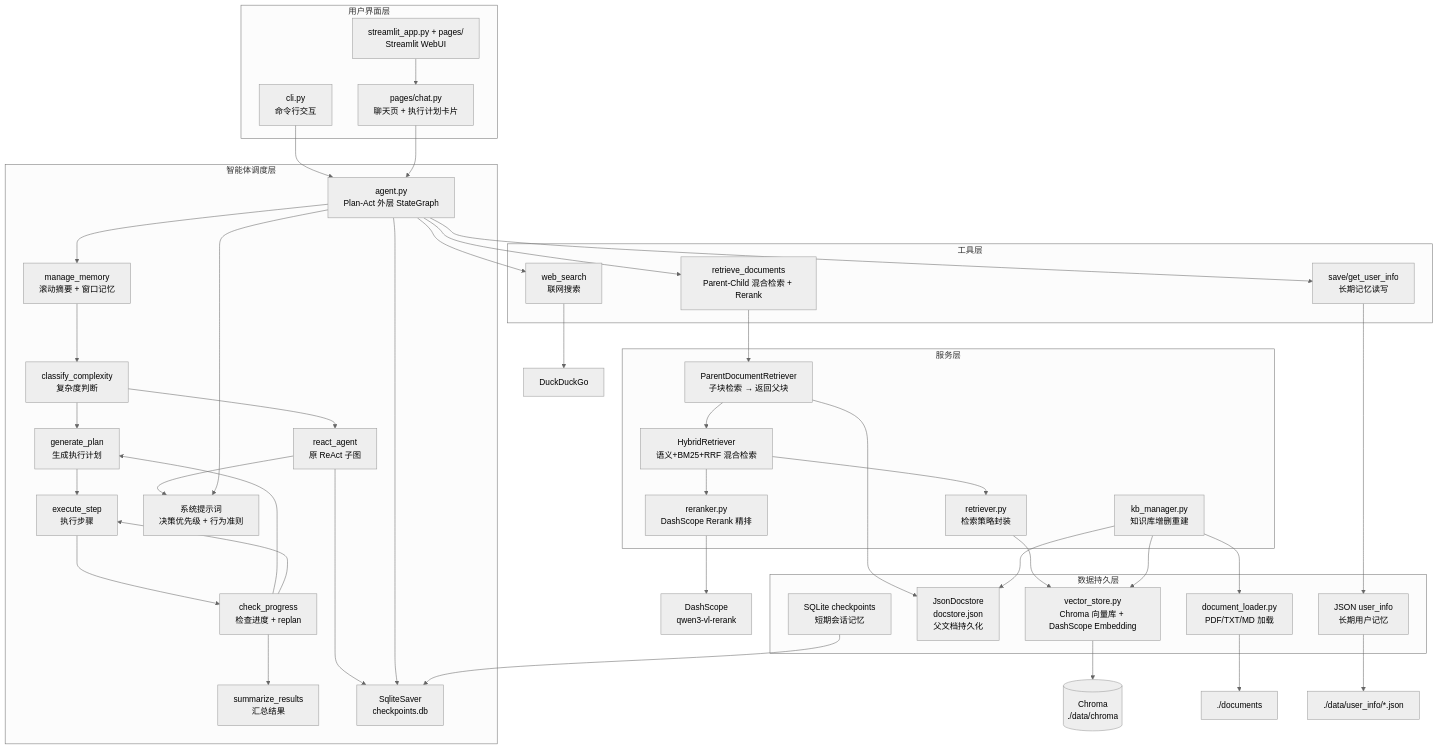
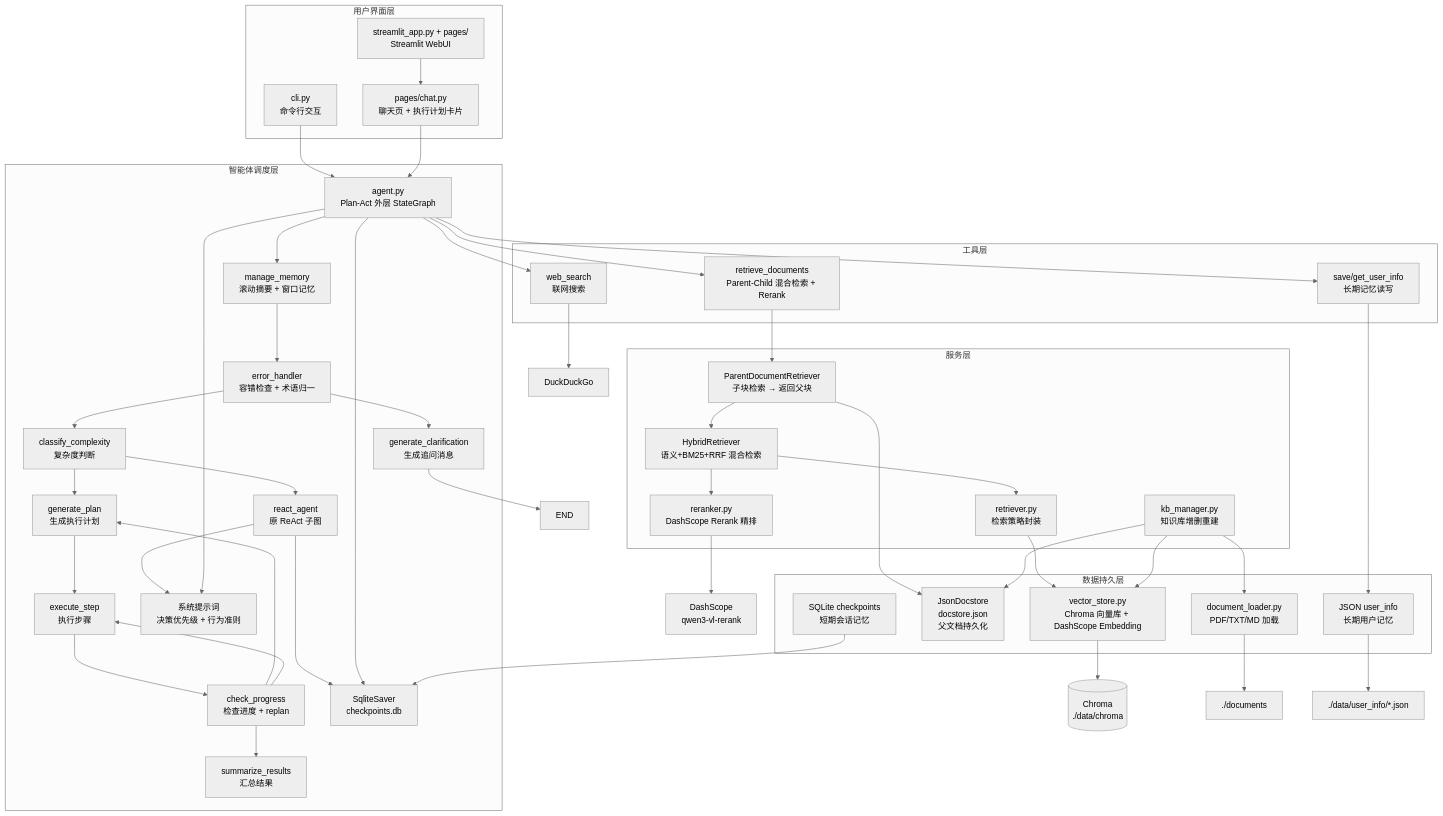
Before and after one commit to YZhiyou/3-Day-Agent: the diagram in code-readme.md, drawn with Mermaid (neutral theme). The commit also changed other lines of this file and 5 other files, not shown here.

```diff
--- a/code-readme.md
+++ b/code-readme.md
@@ -627,6 +706,8 @@
         AGENT_CORE["agent.py<br/>Plan-Act 外层 StateGraph"]
         MEM_MGR["manage_memory<br/>滚动摘要 + 窗口记忆"]
         CLASSIFY["classify_complexity<br/>复杂度判断"]
+        ERROR_H["error_handler<br/>容错检查 + 术语归一"]
+        GEN_CLAR["generate_clarification<br/>生成追问消息"]
         REACT["react_agent<br/>原 ReAct 子图"]
         GEN_PLAN["generate_plan<br/>生成执行计划"]
         EXEC_STEP["execute_step<br/>执行步骤"]
@@ -662,9 +743,12 @@
     WEB --> CHAT
     CHAT --> AGENT_CORE
     AGENT_CORE --> MEM_MGR
-    MEM_MGR --> CLASSIFY
+    MEM_MGR --> ERROR_H
+    ERROR_H --> GEN_CLAR
+    ERROR_H --> CLASSIFY
     CLASSIFY --> REACT
     CLASSIFY --> GEN_PLAN
+    GEN_CLAR --> END
     GEN_PLAN --> EXEC_STEP
     EXEC_STEP --> CHECK_PROG
     CHECK_PROG --> GEN_PLAN
```
